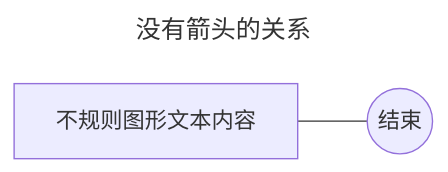
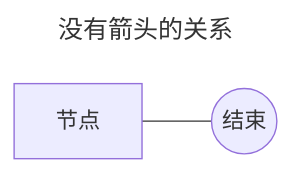
Before and after one commit to superAlibi/notes: the diagram in notes/blogs/mermaid/demo/mermaid/flowchart-link-not-arrow.md, drawn with Mermaid. The commit also changed 9 other files, not shown here.

````diff
--- a/notes/blogs/mermaid/demo/mermaid/flowchart-link-not-arrow.md
+++ b/notes/blogs/mermaid/demo/mermaid/flowchart-link-not-arrow.md
@@ -1,7 +1,7 @@
 ```mermaid
 ---
 title: 没有箭头的关系
 ---
 flowchart LR
-    D[不规则图形文本内容] --- T((结束))
+    D[节点] --- T((结束))
 ```
````
